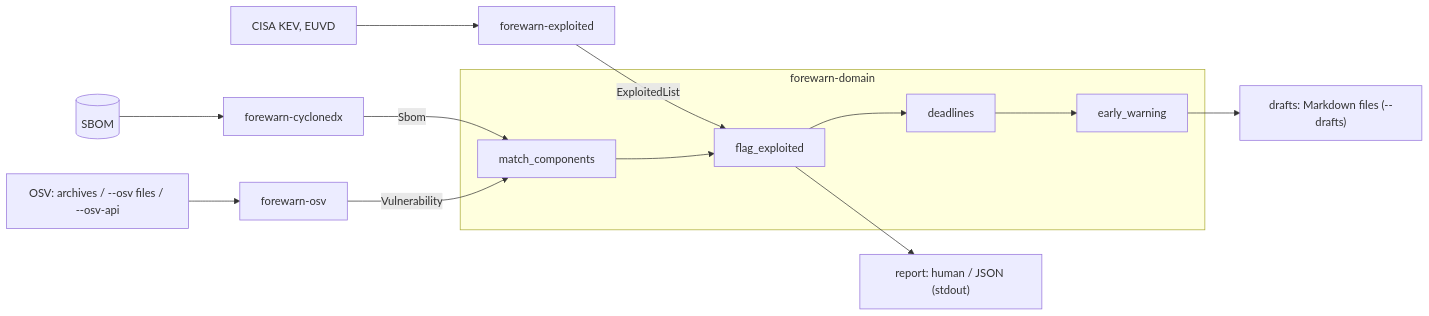
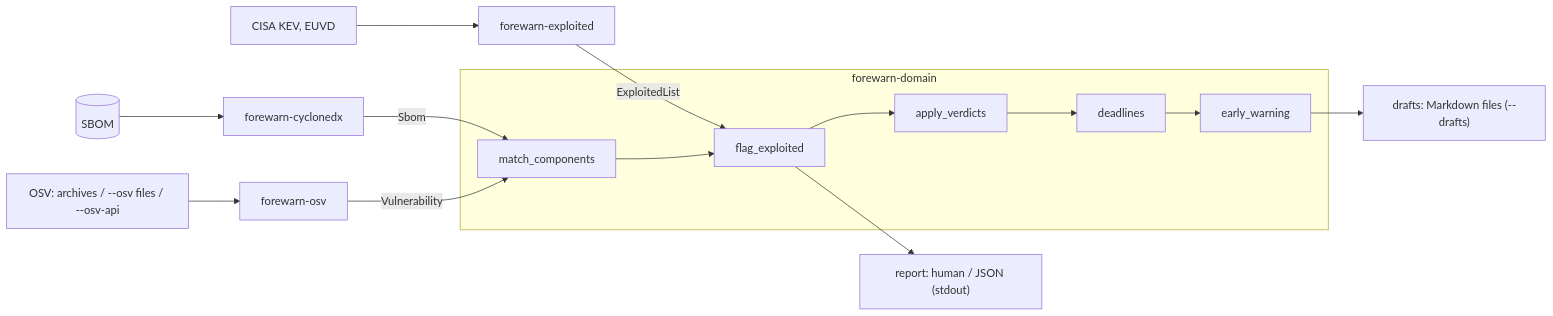
Before and after one commit to Electron-libre/forewarn-cli: the second of 2 diagrams in docs/architecture.md, drawn with Mermaid. The commit also changed other lines of this file and 19 other files, not shown here.

````diff
--- a/docs/architecture.md
+++ b/docs/architecture.md
@@ -57,14 +57,14 @@
 ```mermaid
 flowchart LR
     sbom[(SBOM)] --> cdx[forewarn-cyclonedx]
     cdx -->|Sbom| match
     feeds["OSV: archives / --osv files / --osv-api"] --> osv[forewarn-osv] -->|Vulnerability| match
     lists["CISA KEV, EUVD"] --> exp[forewarn-exploited] -->|ExploitedList| flag
 
     subgraph domain [forewarn-domain]
-        match[match_components] --> flag[flag_exploited] --> dl[deadlines] --> ew[early_warning]
+        match[match_components] --> flag[flag_exploited] --> vex[apply_verdicts] --> dl[deadlines] --> ew[early_warning]
     end
 
     flag --> report["report: human / JSON (stdout)"]
     ew --> drafts["drafts: Markdown files (--drafts)"]
 ```
````
